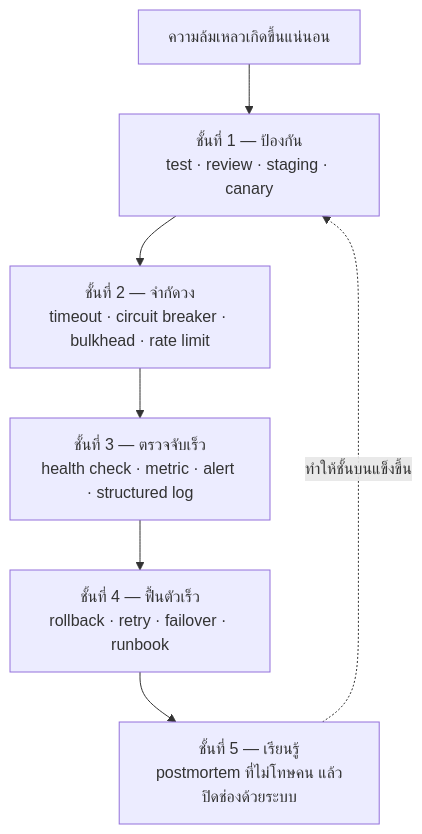
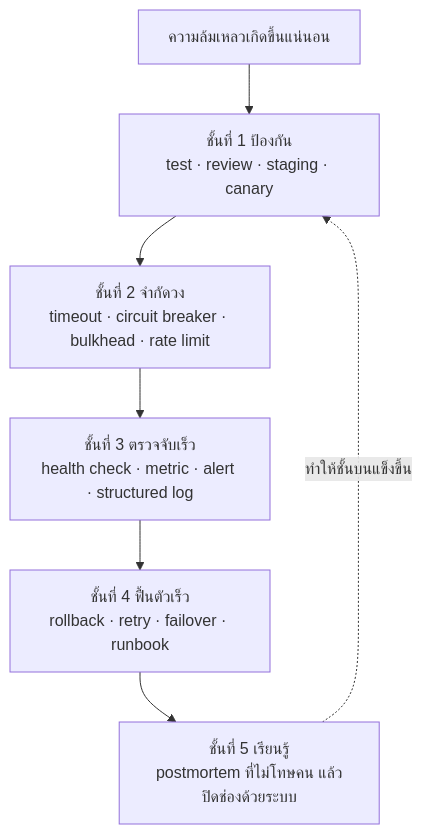
One commit to CE-SDPX/SDPX-AI changed diagram 11 of 14 in readings/07-modern-software-engineer.md. Above: the diagram before and after it, drawn with Mermaid. The commit also changed other lines of this file and 6 other files, not shown here.

````diff
--- a/readings/07-modern-software-engineer.md
+++ b/readings/07-modern-software-engineer.md
@@ -300,10 +299,10 @@
 ```mermaid
 flowchart TB
     F["ความล้มเหลวเกิดขึ้นแน่นอน"]
-    F --> L1["ชั้นที่ 1 — ป้องกัน<br/>test · review · staging · canary"]
-    L1 --> L2["ชั้นที่ 2 — จำกัดวง<br/>timeout · circuit breaker · bulkhead · rate limit"]
-    L2 --> L3["ชั้นที่ 3 — ตรวจจับเร็ว<br/>health check · metric · alert · structured log"]
-    L3 --> L4["ชั้นที่ 4 — ฟื้นตัวเร็ว<br/>rollback · retry · failover · runbook"]
-    L4 --> L5["ชั้นที่ 5 — เรียนรู้<br/>postmortem ที่ไม่โทษคน แล้วปิดช่องด้วยระบบ"]
+    F --> L1["ชั้นที่ 1 ป้องกัน<br/>test · review · staging · canary"]
+    L1 --> L2["ชั้นที่ 2 จำกัดวง<br/>timeout · circuit breaker · bulkhead · rate limit"]
+    L2 --> L3["ชั้นที่ 3 ตรวจจับเร็ว<br/>health check · metric · alert · structured log"]
+    L3 --> L4["ชั้นที่ 4 ฟื้นตัวเร็ว<br/>rollback · retry · failover · runbook"]
+    L4 --> L5["ชั้นที่ 5 เรียนรู้<br/>postmortem ที่ไม่โทษคน แล้วปิดช่องด้วยระบบ"]
     L5 -.->|"ทำให้ชั้นบนแข็งขึ้น"| L1
 ```
````
